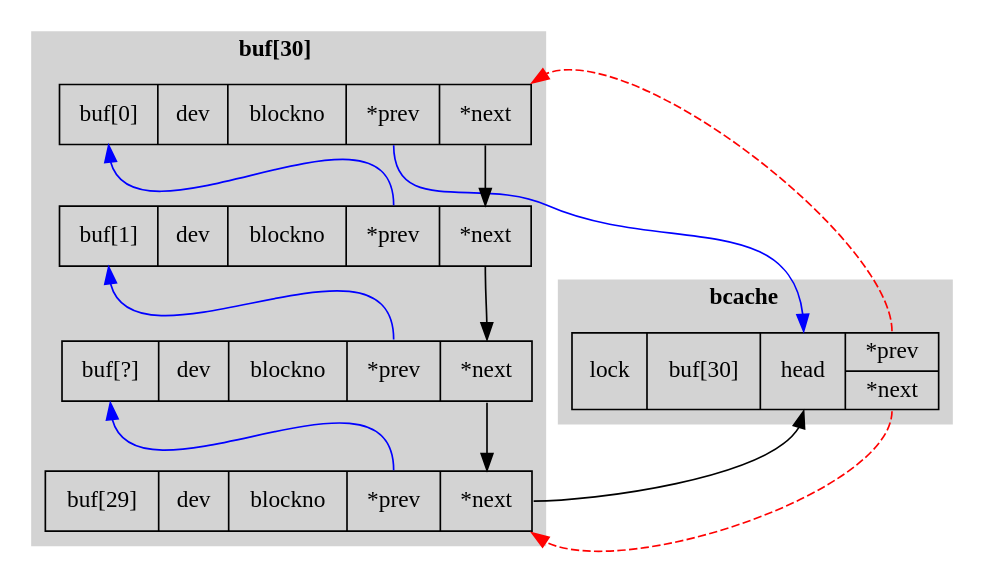
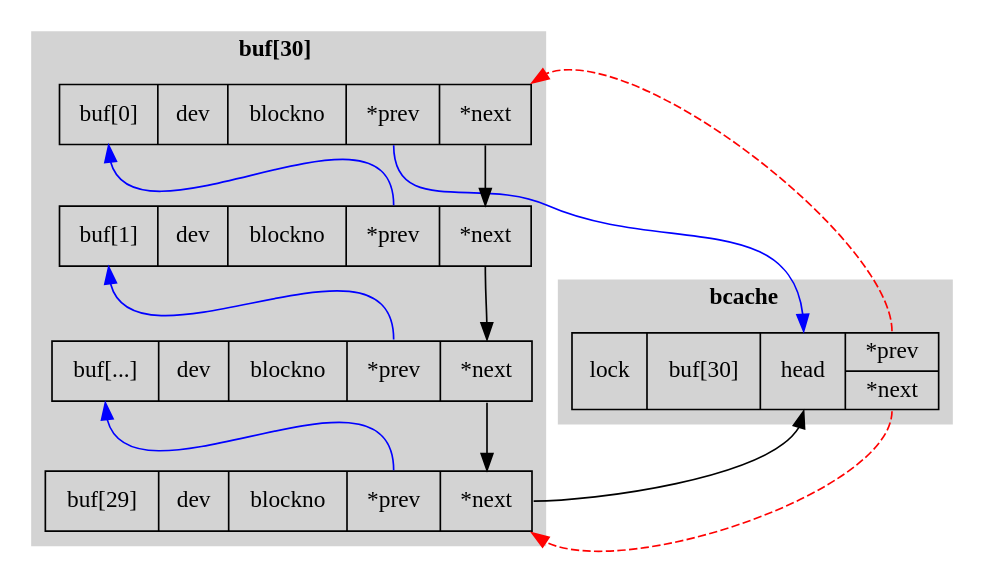
One commit to Jeanhwea/xv6-course changed the diagram in img/bcache-LRU.dot. Above: the diagram before and after it, drawn with Graphviz. The commit also changed 1 other file, not shown here.

```diff
--- a/img/bcache-LRU.dot
+++ b/img/bcache-LRU.dot
@@ -1,34 +1,34 @@
 digraph bcache_LRU {
   // rankdir=LR;
   node [shape=record];
 
   subgraph cluster_bcache {
     label=<<b>bcache</b>>; style=filled; color=lightgray;
     bcache[label="lock|<b>buf[30]|<h>head|{<p>*prev|<n>*next}"];
   }
   // bcache:b -> cluster_bufs;
 
 
   subgraph cluster_bufs {
     label=<<b>buf[30]</b>>; style=filled; color=lightgray;
-    buf1[label="<a>buf[0] |dev|blockno|<p>*prev|<n>*next"];
-    buf2[label="<a>buf[1] |dev|blockno|<p>*prev|<n>*next"];
-    buf3[label="<a>buf[?] |dev|blockno|<p>*prev|<n>*next"];
-    buf9[label="<a>buf[29]|dev|blockno|<p>*prev|<n>*next"];
+    buf1[label="<a>buf[0]  |dev|blockno|<p>*prev|<n>*next"];
+    buf2[label="<a>buf[1]  |dev|blockno|<p>*prev|<n>*next"];
+    buf3[label="<a>buf[...]|dev|blockno|<p>*prev|<n>*next"];
+    buf9[label="<a>buf[29] |dev|blockno|<p>*prev|<n>*next"];
   }
 
   // {rank=same buf1 buf2 buf9}
 
   buf1:n -> buf2:n   [color=black];
   buf2:n -> buf3:n   [color=black];
   buf3:n -> buf9:n   [color=black];
   buf9:n -> bcache:h [color=black];
 
   buf9:p -> buf3:a   [color=blue];
   buf3:p -> buf2:a   [color=blue];
   buf2:p -> buf1:a   [color=blue];
   buf1:p -> bcache:h [color=blue];
 
   bcache:n -> buf9:se [color=red style=dashed];
   bcache:p -> buf1:ne [color=red style=dashed];
 }
```
